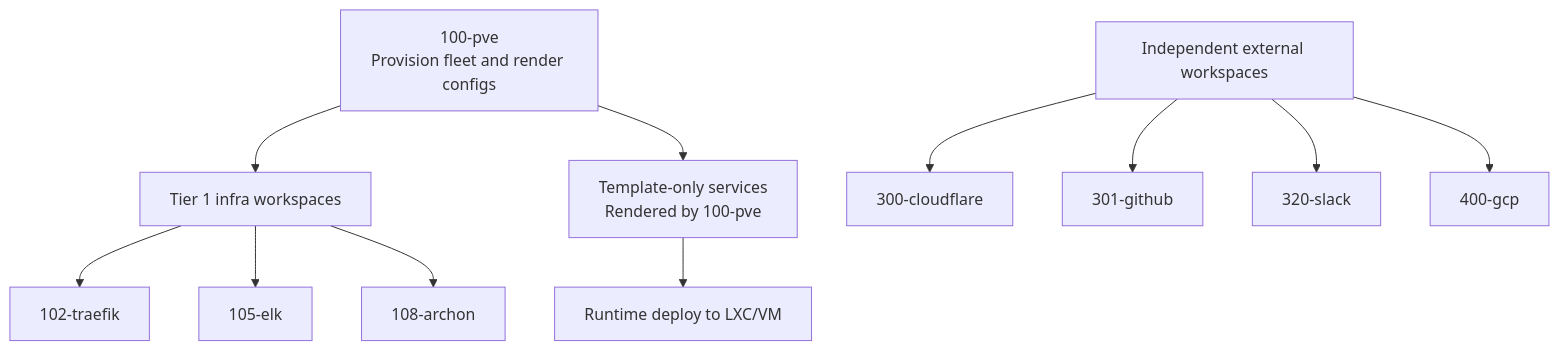
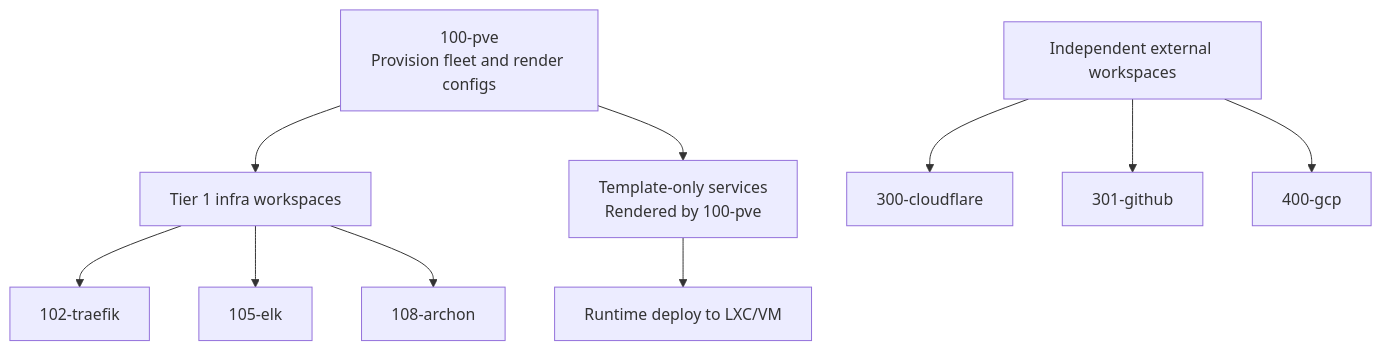
Before and after one commit to jclee941/terraform: the diagram in docs/workspace-ordering.md, drawn with Mermaid. The commit also changed other lines of this file and 93 other files, not shown here.

````diff
--- a/docs/workspace-ordering.md
+++ b/docs/workspace-ordering.md
@@ -12,15 +12,14 @@
 ```mermaid
 graph TD
   PVE["100-pve\nProvision fleet and render configs"] --> Infra["Tier 1 infra workspaces"]
   Infra --> Traefik["102-traefik"]
   Infra --> ELK["105-elk"]
   Infra --> Archon["108-archon"]
 
   PVE --> Templates["Template-only services\nRendered by 100-pve"]
   Templates --> Runtime["Runtime deploy to LXC/VM"]
 
   External["Independent external workspaces"] --> Cloudflare["300-cloudflare"]
   External --> GitHub["301-github"]
-  External --> Slack["320-slack"]
   External --> GCP["400-gcp"]
 ```
````
